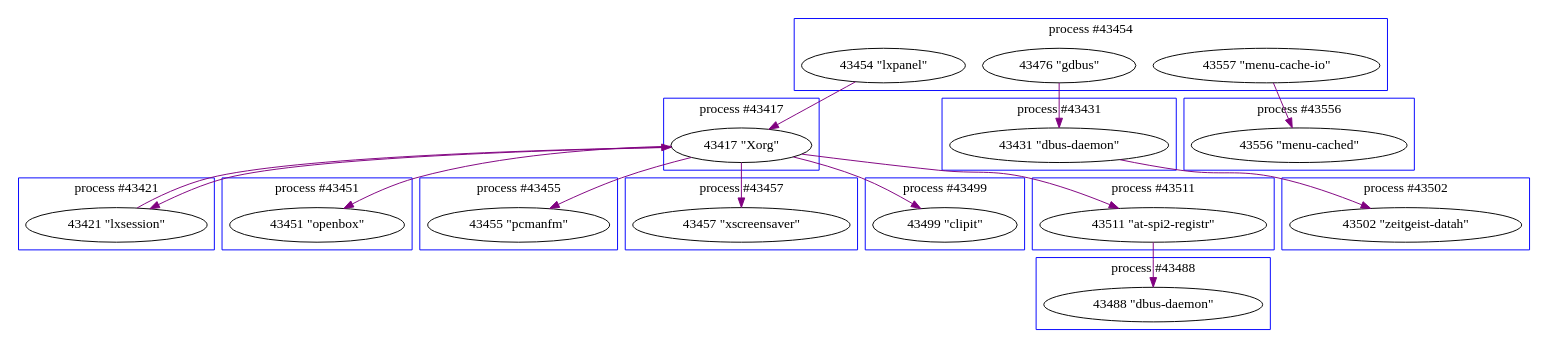
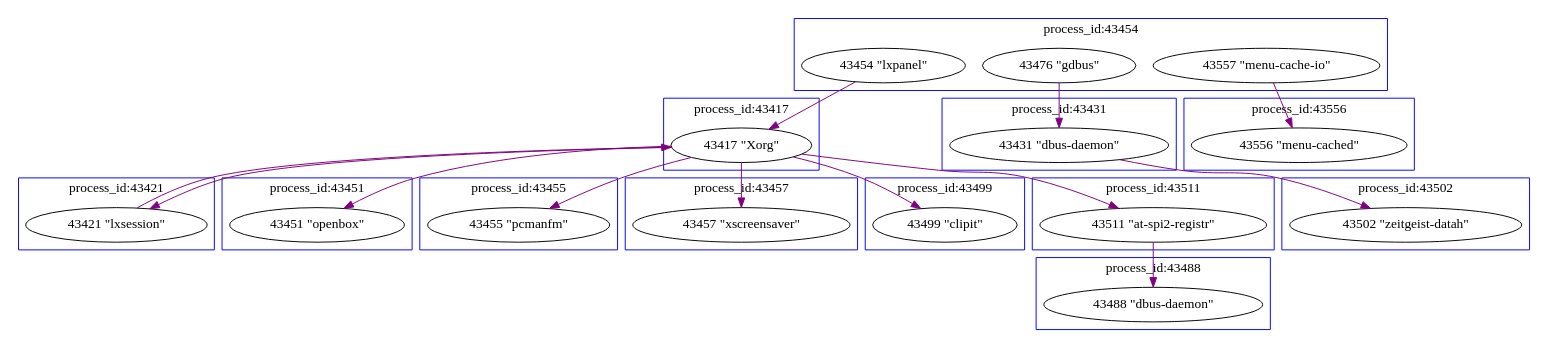
The diagram in lxde_logout2/commu_graph2.dot (ELWIN-MAO/data_process), drawn with Graphviz before and after one commit. The commit also changed 21 other files, not shown here.

```diff
--- a/lxde_logout2/commu_graph2.dot
+++ b/lxde_logout2/commu_graph2.dot
@@ -1,85 +1,85 @@
 digraph abc{
 subgraph cluster_43417 {
 43417 [label="43417 \"Xorg\"" ];
-label = "process #43417";
+label = "process_id:43417";
 color = blue;
 }
 subgraph cluster_43421 {
 43421 [label="43421 \"lxsession\"" ];
-label = "process #43421";
+label = "process_id:43421";
 color = blue;
 }
 subgraph cluster_43431 {
 43431 [label="43431 \"dbus-daemon\"" ];
-label = "process #43431";
+label = "process_id:43431";
 color = blue;
 }
 subgraph cluster_43451 {
 43451 [label="43451 \"openbox\"" ];
-label = "process #43451";
+label = "process_id:43451";
 color = blue;
 }
 subgraph cluster_43454 {
 43454 [label="43454 \"lxpanel\"" ];
 43476 [label="43476 \"gdbus\"" ];
 43557 [label="43557 \"menu-cache-io\"" ];
-label = "process #43454";
+label = "process_id:43454";
 color = blue;
 }
 subgraph cluster_43455 {
 43455 [label="43455 \"pcmanfm\"" ];
-label = "process #43455";
+label = "process_id:43455";
 color = blue;
 }
 subgraph cluster_43457 {
 43457 [label="43457 \"xscreensaver\"" ];
-label = "process #43457";
+label = "process_id:43457";
 color = blue;
 }
 subgraph cluster_43488 {
 43488 [label="43488 \"dbus-daemon\"" ];
-label = "process #43488";
+label = "process_id:43488";
 color = blue;
 }
 subgraph cluster_43499 {
 43499 [label="43499 \"clipit\"" ];
-label = "process #43499";
+label = "process_id:43499";
 color = blue;
 }
 subgraph cluster_43502 {
 43502 [label="43502 \"zeitgeist-datah\"" ];
-label = "process #43502";
+label = "process_id:43502";
 color = blue;
 }
 subgraph cluster_43511 {
 43511 [label="43511 \"at-spi2-registr\"" ];
-label = "process #43511";
+label = "process_id:43511";
 color = blue;
 }
 subgraph cluster_43556 {
 43556 [label="43556 \"menu-cached\"" ];
-label = "process #43556";
+label = "process_id:43556";
 color = blue;
 }
 subgraph cluster_43725 {
-label = "process #43725";
+label = "process_id:43725";
 color = blue;
 }
 subgraph cluster_43726 {
-label = "process #43726";
+label = "process_id:43726";
 color = blue;
 }
 43417 -> 43455 [ color="purple" ];
 43417 -> 43457 [ color="purple" ];
 43417 -> 43499 [ color="purple" ];
 43417 -> 43421 [ color="purple" ];
 43417 -> 43451 [ color="purple" ];
 43417 -> 43511 [ color="purple" ];
 43421 -> 43417 [ color="purple" ];
 43431 -> 43502 [ color="purple" ];
 43454 -> 43417 [ color="purple" ];
 43476 -> 43431 [ color="purple" ];
 43511 -> 43488 [ color="purple" ];
 43557 -> 43556 [ color="purple" ];
 
 }
```
